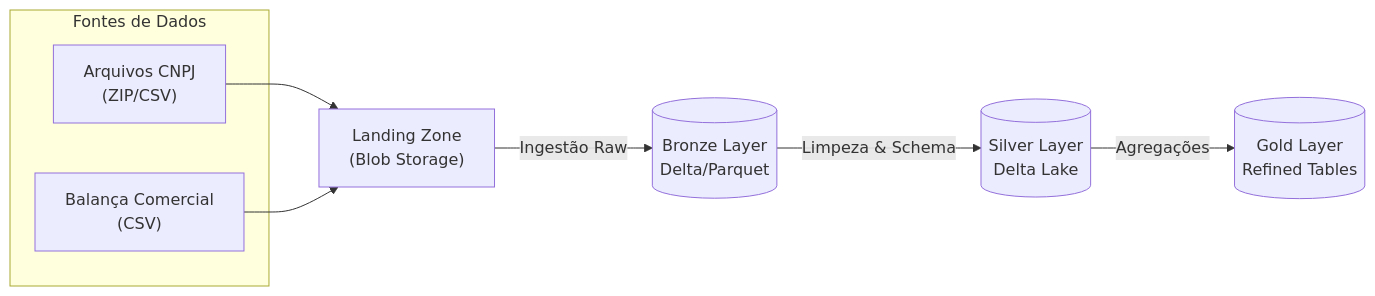
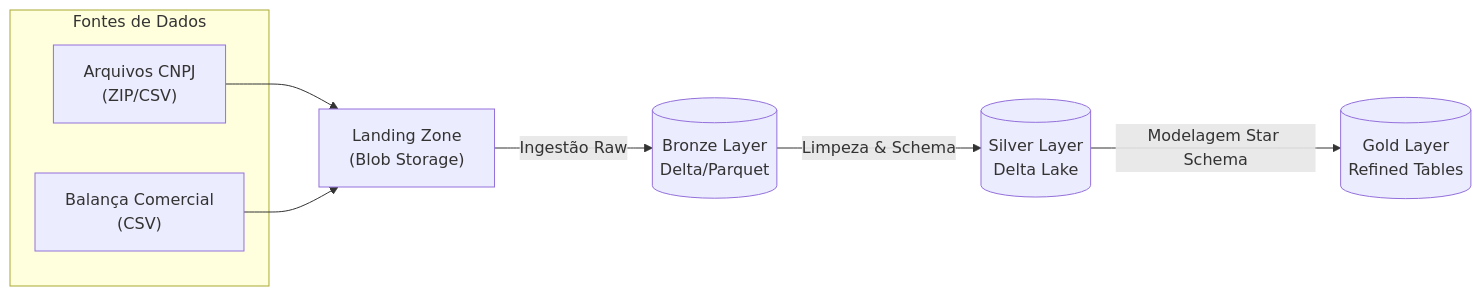
The diagram in README.md (devdiasbr/databricks-challenge), drawn with Mermaid before and after one commit. The commit also changed other lines of this file, not shown here.

Commit message:
Docs: Update README with current architecture and script instructions

````diff
--- a/README.md
+++ b/README.md
@@ -16,14 +16,14 @@
 ```mermaid
 graph LR
     A["Landing Zone<br/>(Blob Storage)"] -->|Ingestão Raw| B[("Bronze Layer<br/>Delta/Parquet")]
     B -->|Limpeza & Schema| C[("Silver Layer<br/>Delta Lake")]
-    C -->|Agregações| D[("Gold Layer<br/>Refined Tables")]
+    C -->|Modelagem Star Schema| D[("Gold Layer<br/>Refined Tables")]
     
     subgraph "Fontes de Dados"
         CNPJ["Arquivos CNPJ<br/>(ZIP/CSV)"]
         BAL["Balança Comercial<br/>(CSV)"]
     end
     
     CNPJ --> A
     BAL --> A
 ```
````
